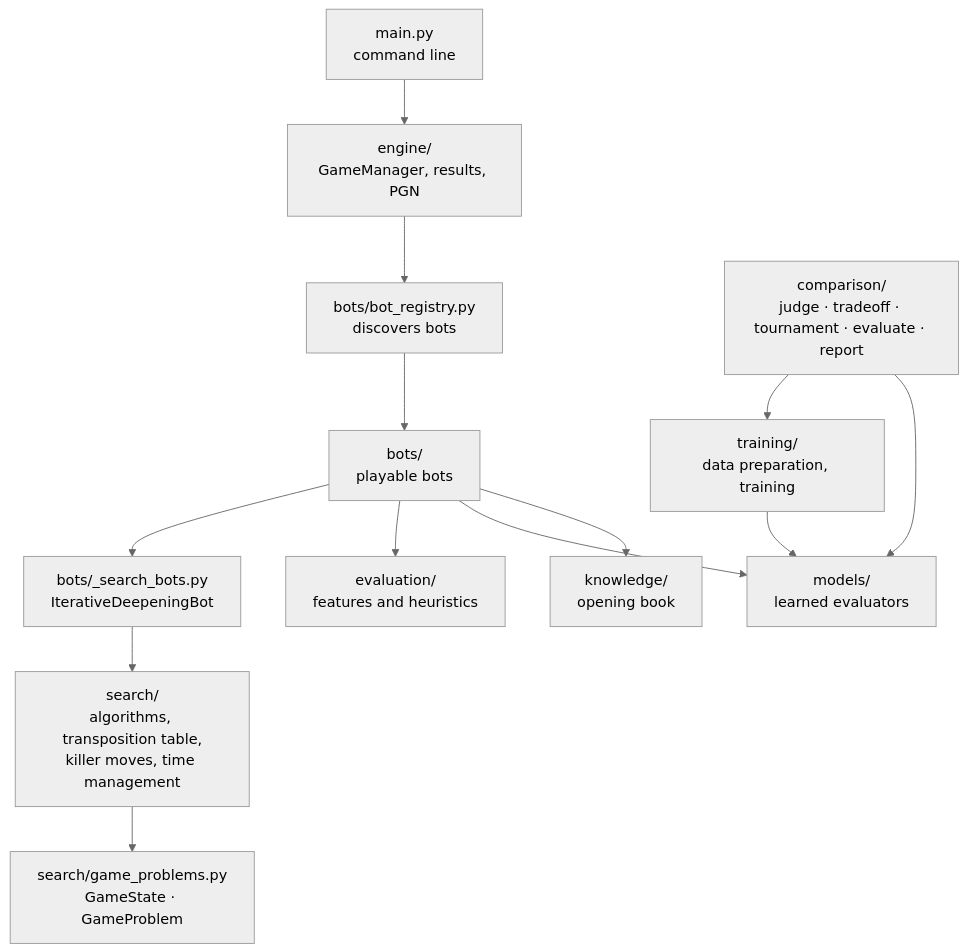
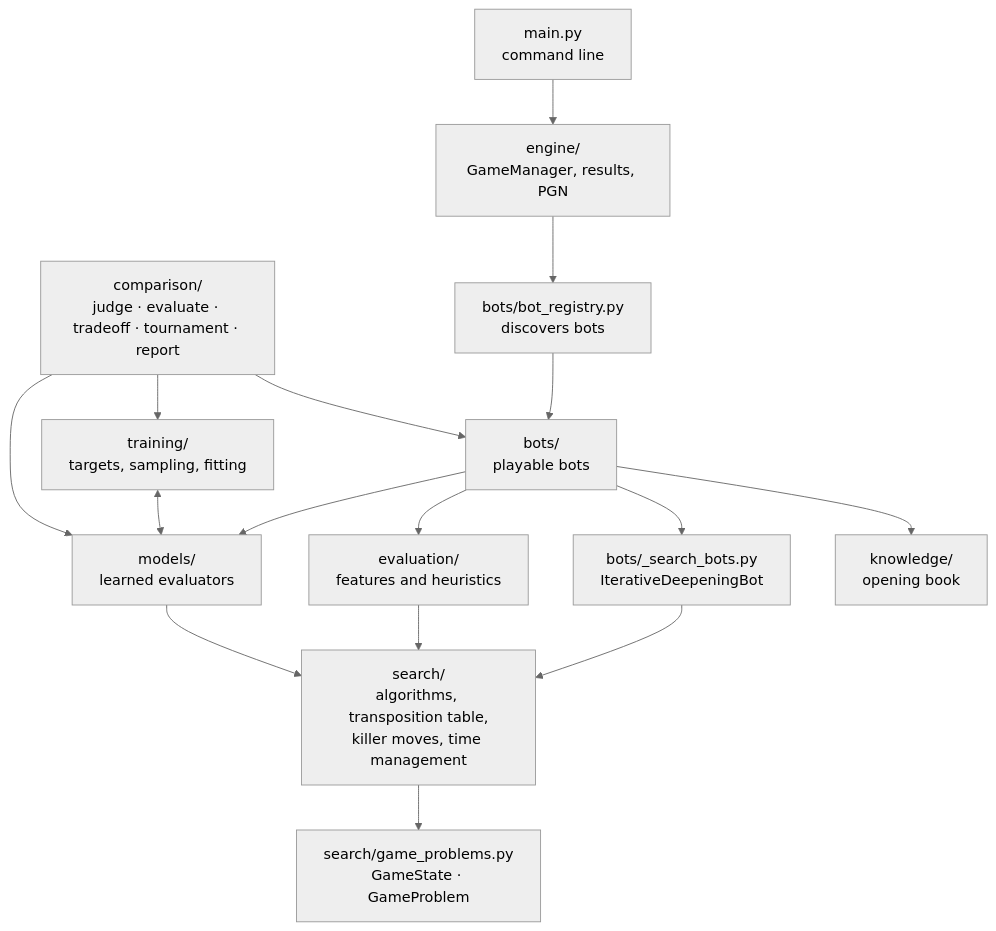
One commit to JoaquinDeVA/chess-ai-engine changed the first of 3 diagrams in docs/ARCHITECTURE.md. Above: the diagram before and after it, drawn with Mermaid (neutral theme). The commit also changed other lines of this file and 4 other files, not shown here.

Commit message:
docs: README, architecture, adding-a-model and index pages rewritten in English (results page pending)

````diff
--- a/docs/ARCHITECTURE.md
+++ b/docs/ARCHITECTURE.md
@@ -12,15 +13,18 @@
 ```mermaid
 flowchart TB
     CLI["main.py<br/>command line"] --> GM["engine/<br/>GameManager, results, PGN"]
     GM --> REG["bots/bot_registry.py<br/>discovers bots"]
     REG --> BOTS["bots/<br/>playable bots"]
     BOTS --> BASES["bots/_search_bots.py<br/>IterativeDeepeningBot"]
     BASES --> SEARCH["search/<br/>algorithms, transposition table,<br/>killer moves, time management"]
     BOTS --> EVAL["evaluation/<br/>features and heuristics"]
     BOTS --> MODELS["models/<br/>learned evaluators"]
     BOTS --> KNOW["knowledge/<br/>opening book"]
+    EVAL --> SEARCH
+    MODELS --> SEARCH
     SEARCH --> GAME["search/game_problems.py<br/>GameState · GameProblem"]
-    TRAIN["training/<br/>data preparation, training"] --> MODELS
-    COMP["comparison/<br/>judge · tradeoff · tournament · evaluate · report"] --> TRAIN
+    TRAIN["training/<br/>targets, sampling, fitting"] <--> MODELS
+    COMP["comparison/<br/>judge · evaluate · tradeoff · tournament · report"] --> TRAIN
     COMP --> MODELS
+    COMP --> BOTS
 ```
````
